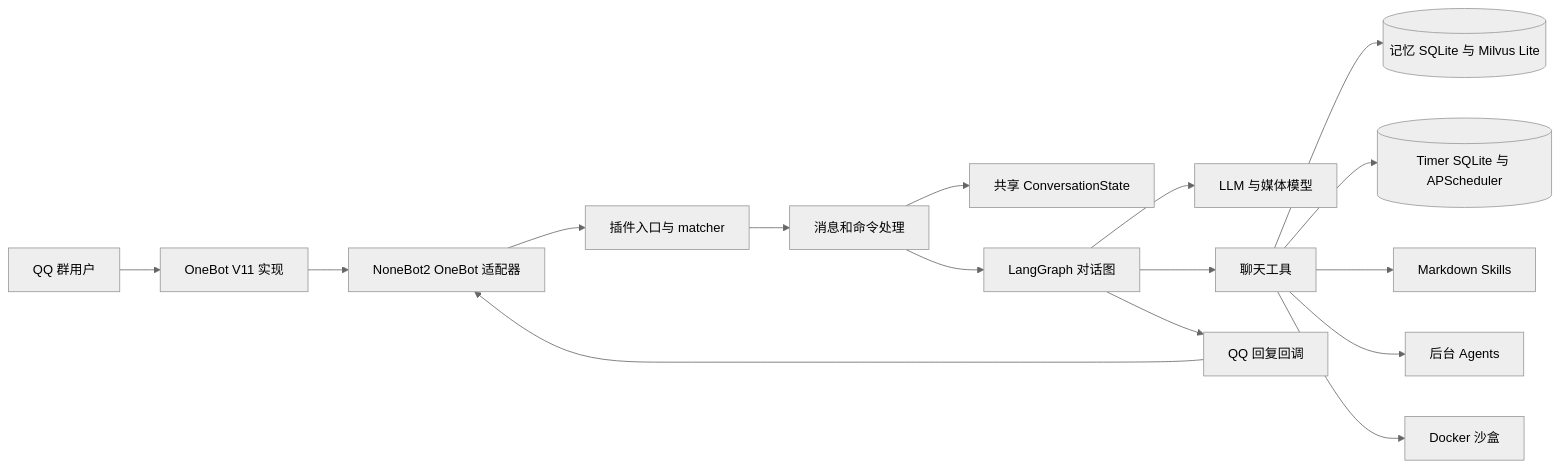
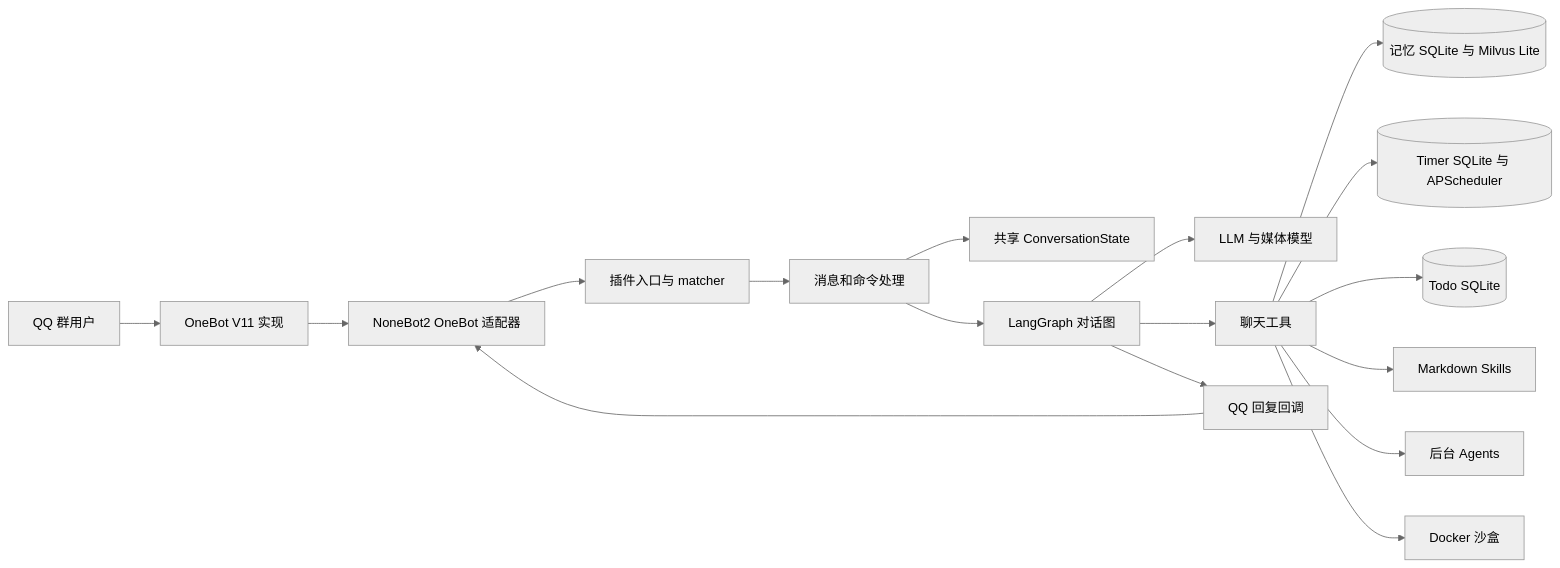
One commit to ATreep/hatsume-qq-bot changed the first of 10 diagrams in docs/arch.md. Above: the diagram before and after it, drawn with Mermaid (neutral theme). The commit also changed other lines of this file and 17 other files, not shown here.

```diff
--- a/docs/arch.md
+++ b/docs/arch.md
@@ -9,18 +9,19 @@
 ~~~mermaid
 flowchart LR
     User[QQ 群用户] --> OB[OneBot V11 实现]
     OB --> NB[NoneBot2 OneBot 适配器]
     NB --> Entry[插件入口与 matcher]
     Entry --> Handlers[消息和命令处理]
     Handlers --> State[共享 ConversationState]
     Handlers --> Graph[LangGraph 对话图]
     Graph --> Models[LLM 与媒体模型]
     Graph --> Tools[聊天工具]
     Tools --> Memory[(记忆 SQLite 与 Milvus Lite)]
     Tools --> Timers[(Timer SQLite 与 APScheduler)]
+    Tools --> Todos[(Todo SQLite)]
     Tools --> Skills[Markdown Skills]
     Tools --> Agents[后台 Agents]
     Tools --> Sandbox[Docker 沙盒]
     Graph --> Send[QQ 回复回调]
     Send --> NB
 ~~~
```
